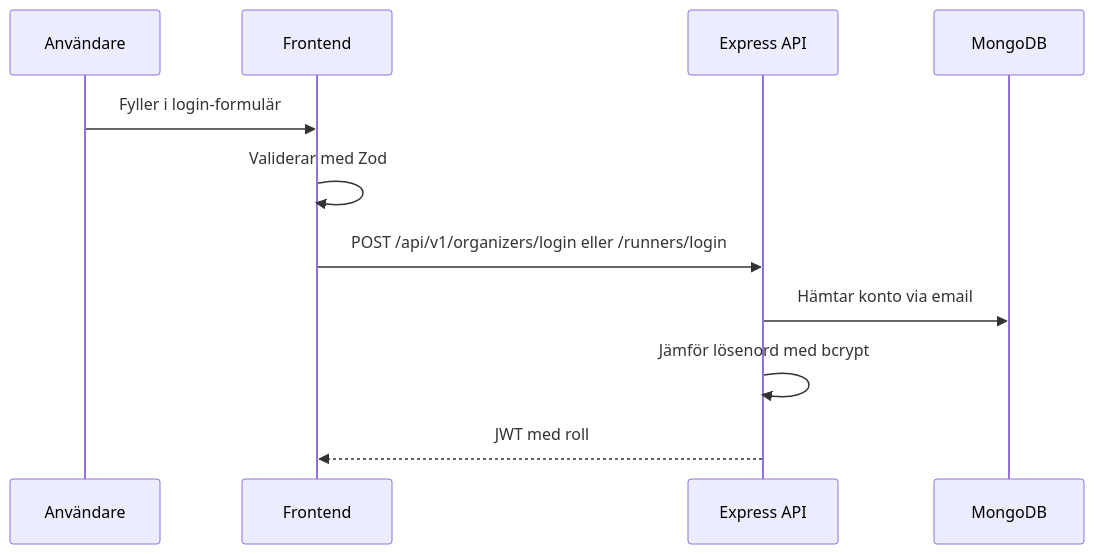
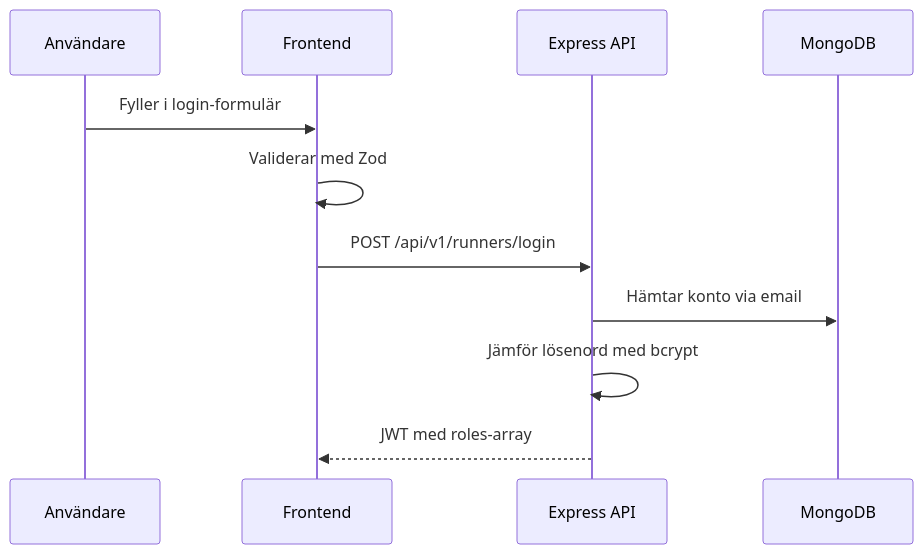
Before and after one commit to zaida-wiss/Backyard_Ultra: the first of 5 diagrams in docs/api-floden.md, drawn with Mermaid. The commit also changed other lines of this file and 32 other files, not shown here.

Commit message:
uppdaterat så att det inte behöver finnas någon sluttid på event, samt sett till att roles är en array med förea roller.

````diff
--- a/docs/api-floden.md
+++ b/docs/api-floden.md
@@ -11,14 +11,14 @@
 ```mermaid
 sequenceDiagram
   participant User as Användare
   participant Frontend
   participant API as Express API
   participant DB as MongoDB
 
   User->>Frontend: Fyller i login-formulär
   Frontend->>Frontend: Validerar med Zod
-  Frontend->>API: POST /api/v1/organizers/login eller /runners/login
+  Frontend->>API: POST /api/v1/runners/login
   API->>DB: Hämtar konto via email
   API->>API: Jämför lösenord med bcrypt
-  API-->>Frontend: JWT med roll
+  API-->>Frontend: JWT med roles-array
 ```
````
